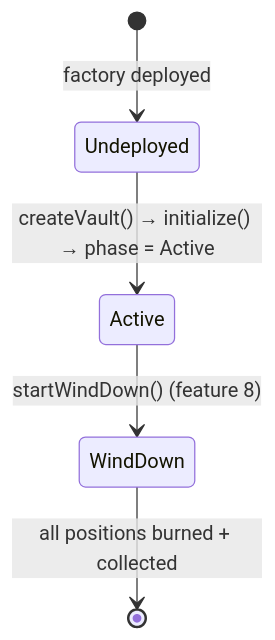
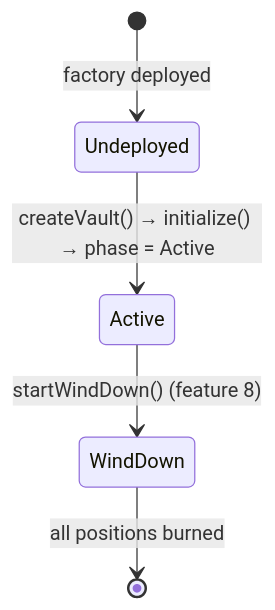
The fourth of 4 diagrams in specs/features/contracts/FEAT-REPZ-deploy-lp-vault-for-a-market/ARCHITECTURE.md (ProphetMarket/lp-vaults), drawn with Mermaid before and after one commit. The commit also changed other lines of this file and 73 other files, not shown here.

````diff
--- a/specs/features/contracts/FEAT-REPZ-deploy-lp-vault-for-a-market/ARCHITECTURE.md
+++ b/specs/features/contracts/FEAT-REPZ-deploy-lp-vault-for-a-market/ARCHITECTURE.md
@@ -223,10 +220,10 @@
 ```mermaid
 stateDiagram-v2
     state "Undeployed" as s0
     state "Active" as s1
     state "WindDown" as s2
     [*] --> s0 : factory deployed
     s0 --> s1 : createVault() → initialize() → phase = Active
     s1 --> s2 : startWindDown() (feature 8)
-    s2 --> [*] : all positions burned + collected
+    s2 --> [*] : all positions burned
 ```
````
